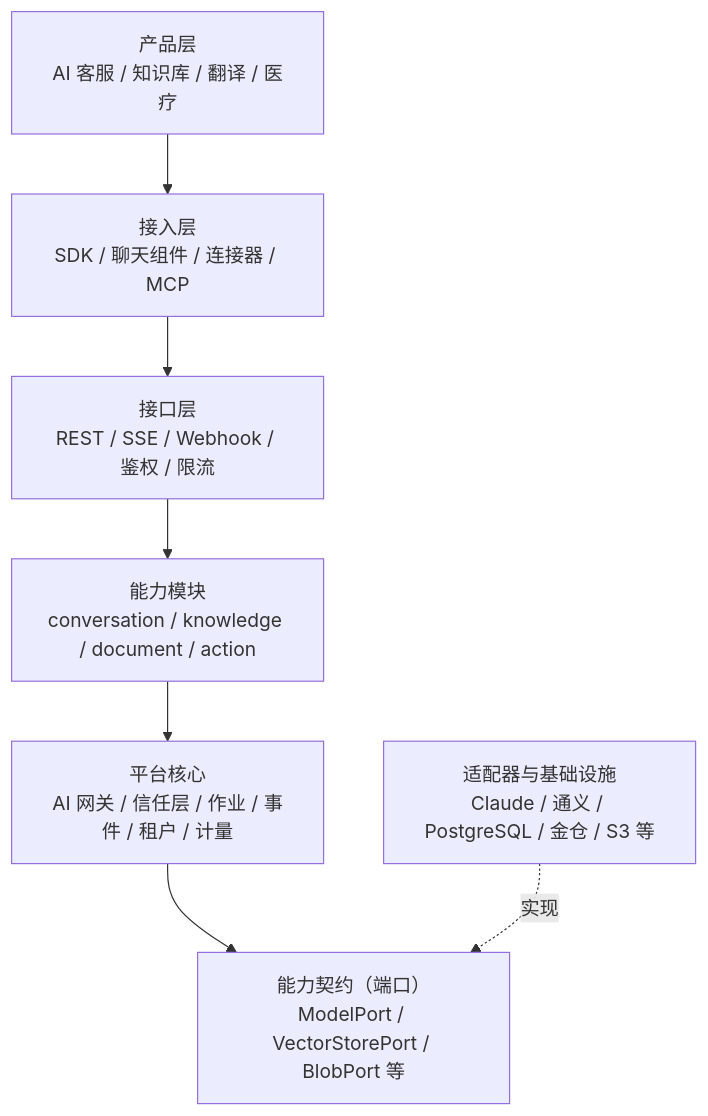
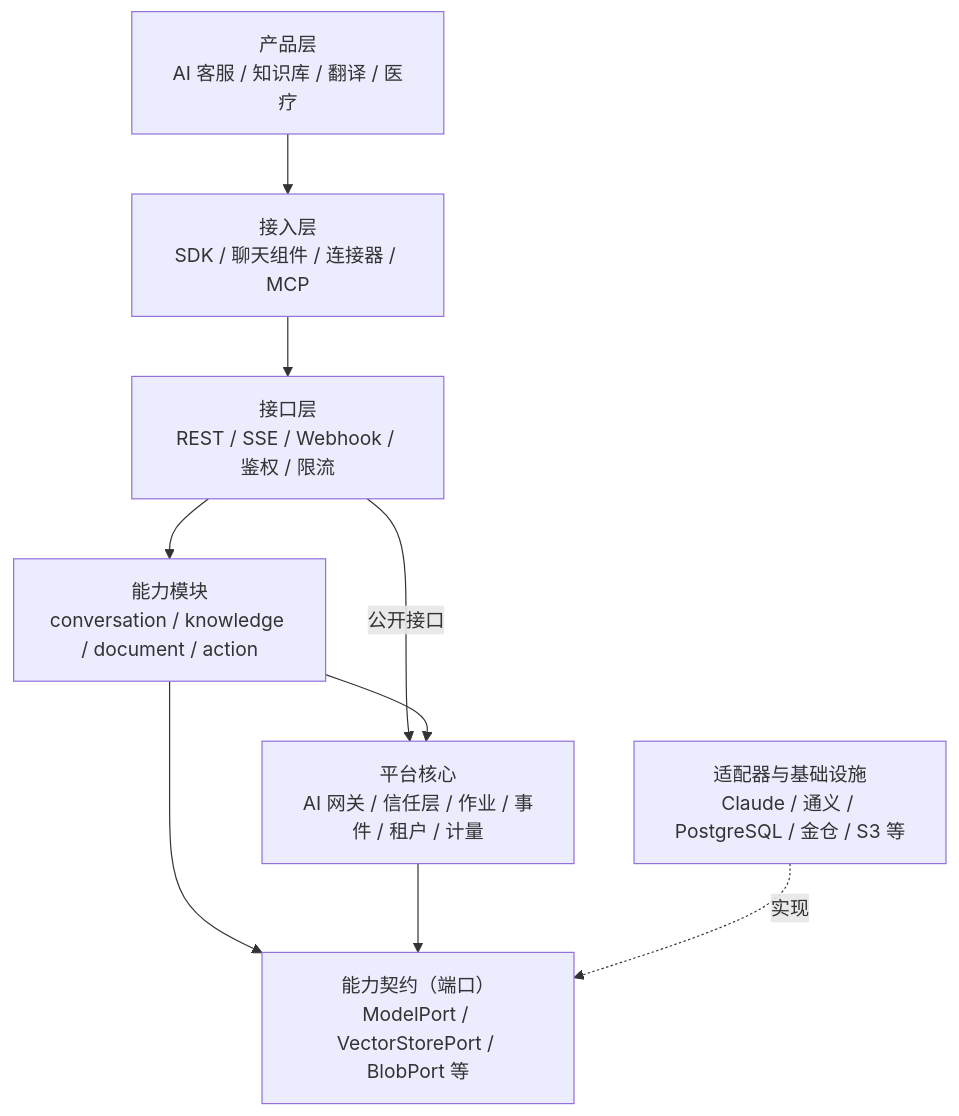
Before and after one commit to brix-kit-dev/intergent: the second of 9 diagrams in docs/ai-engine-architecture-blueprint.md, drawn with Mermaid. The commit also changed other lines of this file, not shown here.

````diff
--- a/docs/ai-engine-architecture-blueprint.md
+++ b/docs/ai-engine-architecture-blueprint.md
@@ -169,16 +170,18 @@
 ```mermaid
 flowchart TD
     L6["产品层<br/>AI 客服 / 知识库 / 翻译 / 医疗"]
     L5["接入层<br/>SDK / 聊天组件 / 连接器 / MCP"]
     L4["接口层<br/>REST / SSE / Webhook / 鉴权 / 限流"]
     L3["能力模块<br/>conversation / knowledge / document / action"]
     L2["平台核心<br/>AI 网关 / 信任层 / 作业 / 事件 / 租户 / 计量"]
     L1["能力契约（端口）<br/>ModelPort / VectorStorePort / BlobPort 等"]
     L0["适配器与基础设施<br/>Claude / 通义 / PostgreSQL / 金仓 / S3 等"]
     L6 --> L5
     L5 --> L4
     L4 --> L3
+    L4 -->|"公开接口"| L2
     L3 --> L2
+    L3 --> L1
     L2 --> L1
     L0 -.->|"实现"| L1
 ```
````
